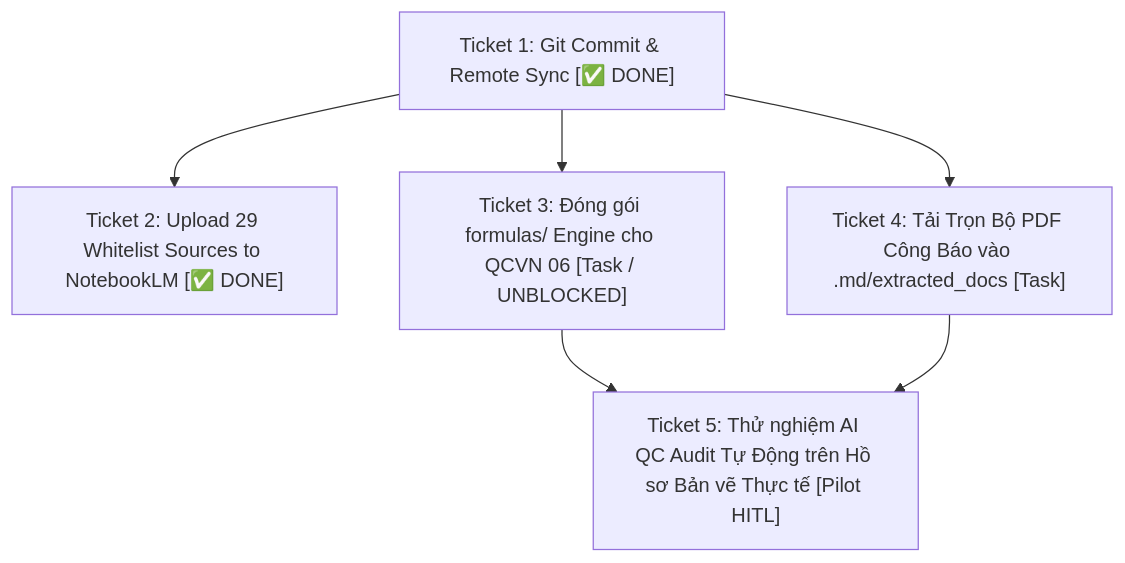
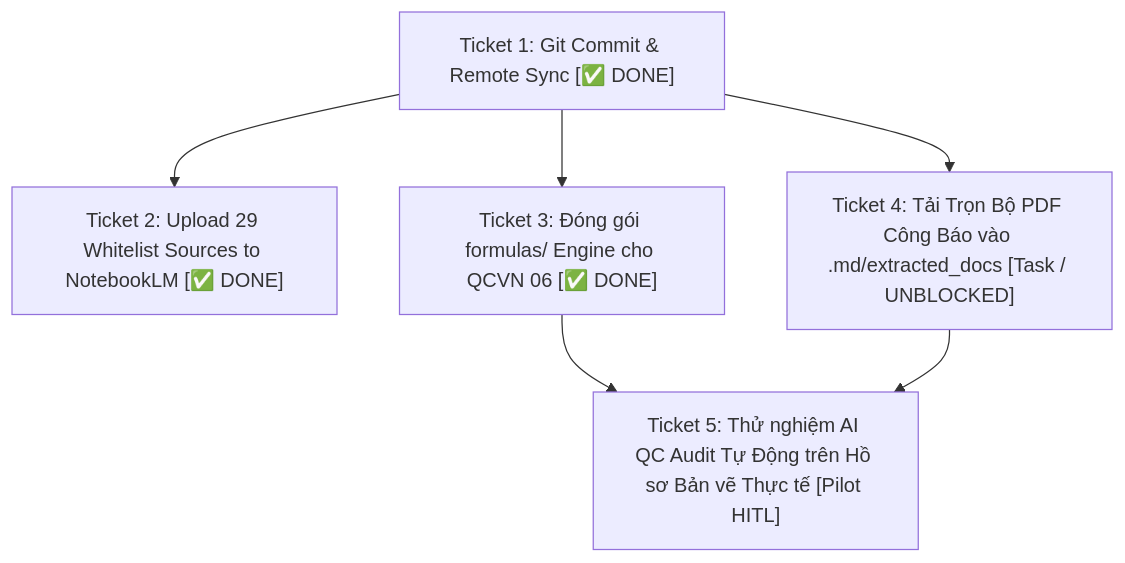
One commit to vvChu/ccba-legal-knowledge changed the diagram in .md/knowledge/issues/legal_spoke_wayfinder_map.md. Above: the diagram before and after it, drawn with Mermaid. The commit also changed other lines of this file, not shown here.

Commit message:
docs(wayfinder): mark ticket 3 complete and unlock ticket 4

````diff
--- a/.md/knowledge/issues/legal_spoke_wayfinder_map.md
+++ b/.md/knowledge/issues/legal_spoke_wayfinder_map.md
@@ -47,7 +47,7 @@
 ```mermaid
 flowchart TD
     T1["Ticket 1: Git Commit & Remote Sync [✅ DONE]"] --> T2["Ticket 2: Upload 29 Whitelist Sources to NotebookLM [✅ DONE]"]
-    T1 --> T3["Ticket 3: Đóng gói formulas/ Engine cho QCVN 06 [Task / UNBLOCKED]"]
-    T1 --> T4["Ticket 4: Tải Trọn Bộ PDF Công Báo vào .md/extracted_docs [Task]"]
+    T1 --> T3["Ticket 3: Đóng gói formulas/ Engine cho QCVN 06 [✅ DONE]"]
+    T1 --> T4["Ticket 4: Tải Trọn Bộ PDF Công Báo vào .md/extracted_docs [Task / UNBLOCKED]"]
     T3 & T4 --> T5["Ticket 5: Thử nghiệm AI QC Audit Tự Động trên Hồ sơ Bản vẽ Thực tế [Pilot HITL]"]
 ```
````
